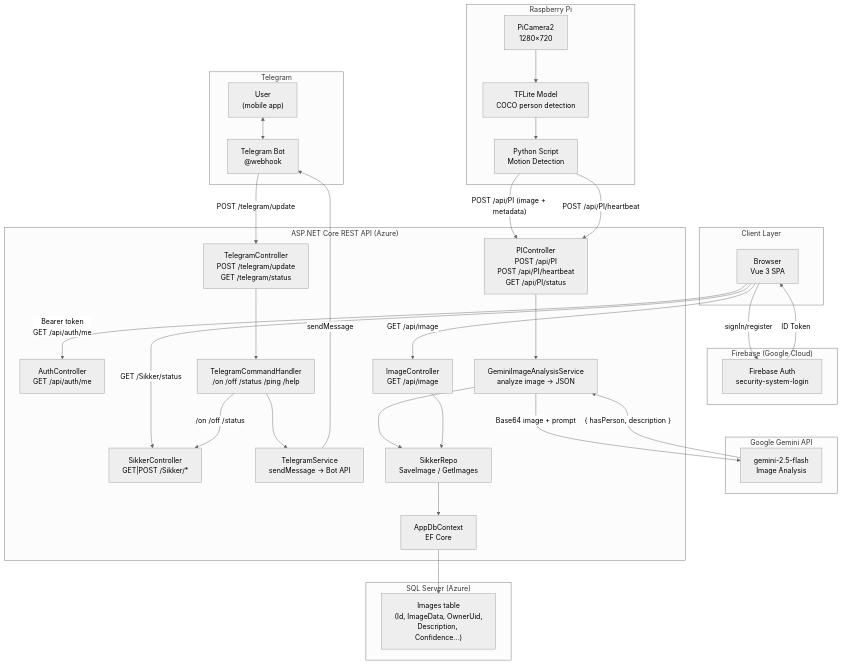
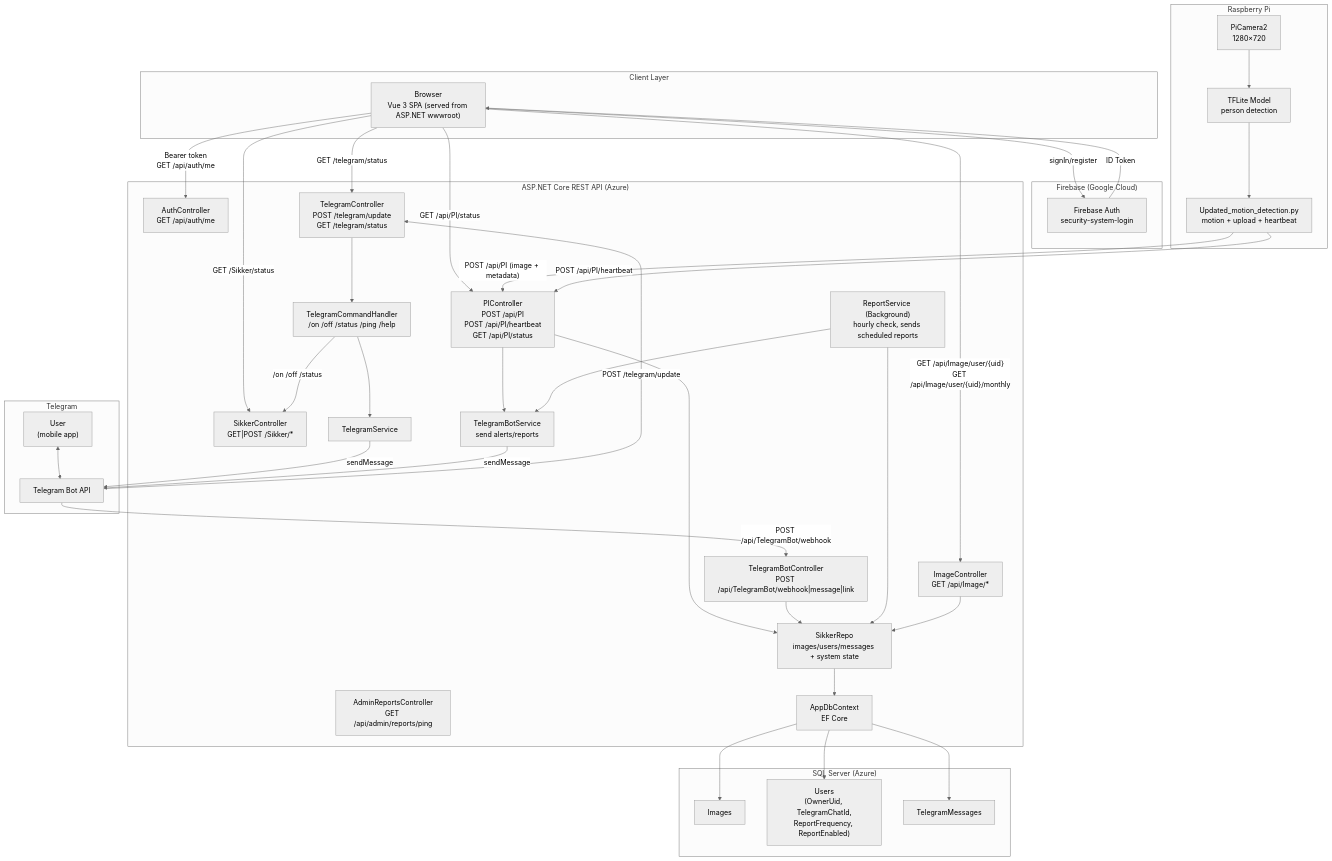
One commit to TokeDit/3.-semester-Projekt-JABLST changed the diagram in README.md. Above: the diagram before and after it, drawn with Mermaid (neutral theme).

Commit message:
docs: update README system architecture diagram
Agent-Logs-Url: https://github.com/TokeDit/3.-semester-Projekt-JABLST/sessions/ae344e68-c5fd-45e0-8a31-36ea4e3aad03

````diff
--- a/README.md
+++ b/README.md
@@ -30,68 +30,77 @@
 ```mermaid
 graph TB
     subgraph Client["Client Layer"]
-        Browser["Browser\nVue 3 SPA"]
+        Browser["Browser\nVue 3 SPA (served from ASP.NET wwwroot)"]
     end
 
     subgraph Firebase["Firebase (Google Cloud)"]
         FirebaseAuth["Firebase Auth\nsecurity-system-login"]
     end
 
     subgraph Pi["Raspberry Pi"]
         PiCam["PiCamera2\n1280×720"]
-        TFLite["TFLite Model\nCOCO person detection"]
-        PyScript["Python Script\nMotion Detection"]
-        PiCam --> TFLite --> PyScript
+        TFLite["TFLite Model\nperson detection"]
+        PyScript["Updated_motion_detection.py\nmotion + upload + heartbeat"]
+        PiCam --> TFLite
+        TFLite --> PyScript
     end
 
     subgraph Telegram["Telegram"]
-        TelegramBot["Telegram Bot\n@webhook"]
+        TelegramBot["Telegram Bot API"]
         TelegramUser["User\n(mobile app)"]
         TelegramUser <--> TelegramBot
-    end
-
-    subgraph Gemini["Google Gemini API"]
-        GeminiModel["gemini-2.5-flash\nImage Analysis"]
     end
 
     subgraph API["ASP.NET Core REST API (Azure)"]
         AuthCtrl["AuthController\nGET /api/auth/me"]
         PICtrl["PIController\nPOST /api/PI\nPOST /api/PI/heartbeat\nGET /api/PI/status"]
         SikkerCtrl["SikkerController\nGET|POST /Sikker/*"]
-        ImageCtrl["ImageController\nGET /api/image"]
+        ImageCtrl["ImageController\nGET /api/Image/*"]
         TelegramCtrl["TelegramController\nPOST /telegram/update\nGET /telegram/status"]
+        TelegramBotCtrl["TelegramBotController\nPOST /api/TelegramBot/webhook|message|link"]
+        AdminReportsCtrl["AdminReportsController\nGET /api/admin/reports/ping"]
 
-        TelegramSvc["TelegramService\nsendMessage → Bot API"]
+        TelegramSvc["TelegramService"]
+        TelegramBotSvc["TelegramBotService\nsend alerts/reports"]
         TelegramCmdHandler["TelegramCommandHandler\n/on /off /status /ping /help"]
-        GeminiSvc["GeminiImageAnalysisService\nanalyze image → JSON"]
+        ReportSvc["ReportService (Background)\nhourly check, sends scheduled reports"]
 
-        SikkerRepo["SikkerRepo\nSaveImage / GetImages"]
+        SikkerRepo["SikkerRepo\nimages/users/messages + system state"]
         AppDbContext["AppDbContext\nEF Core"]
     end
 
     subgraph DB["SQL Server (Azure)"]
-        ImagesTable["Images table\n(Id, ImageData, OwnerUid,\nDescription, Confidence…)"]
+        ImagesTable["Images"]
+        UsersTable["Users\n(OwnerUid, TelegramChatId,\nReportFrequency, ReportEnabled)"]
+        TelegramMessagesTable["TelegramMessages"]
     end
 
     Browser -->|"signIn/register"| FirebaseAuth
     FirebaseAuth -->|"ID Token"| Browser
     Browser -->|"Bearer token\nGET /api/auth/me"| AuthCtrl
-    Browser -->|"GET /api/image"| ImageCtrl
+    Browser -->|"GET /api/Image/user/{uid}\nGET /api/Image/user/{uid}/monthly"| ImageCtrl
     Browser -->|"GET /Sikker/status"| SikkerCtrl
+    Browser -->|"GET /telegram/status"| TelegramCtrl
+    Browser -->|"GET /api/PI/status"| PICtrl
 
     PyScript -->|"POST /api/PI (image + metadata)"| PICtrl
     PyScript -->|"POST /api/PI/heartbeat"| PICtrl
-    PICtrl --> GeminiSvc
-    GeminiSvc -->|"Base64 image + prompt"| GeminiModel
-    GeminiModel -->|"{ hasPerson, description }"| GeminiSvc
-    GeminiSvc --> SikkerRepo
+    PICtrl --> SikkerRepo
+    PICtrl --> TelegramBotSvc
 
     TelegramBot -->|"POST /telegram/update"| TelegramCtrl
+    TelegramBot -->|"POST /api/TelegramBot/webhook"| TelegramBotCtrl
     TelegramCtrl --> TelegramCmdHandler
     TelegramCmdHandler -->|"/on /off /status"| SikkerCtrl
     TelegramCmdHandler --> TelegramSvc
+    TelegramBotCtrl --> SikkerRepo
+    ReportSvc --> SikkerRepo
+    ReportSvc --> TelegramBotSvc
     TelegramSvc -->|"sendMessage"| TelegramBot
+    TelegramBotSvc -->|"sendMessage"| TelegramBot
 
     SikkerRepo --> AppDbContext --> ImagesTable
+    AppDbContext --> UsersTable
+    AppDbContext --> TelegramMessagesTable
     ImageCtrl --> SikkerRepo
 ```
````
